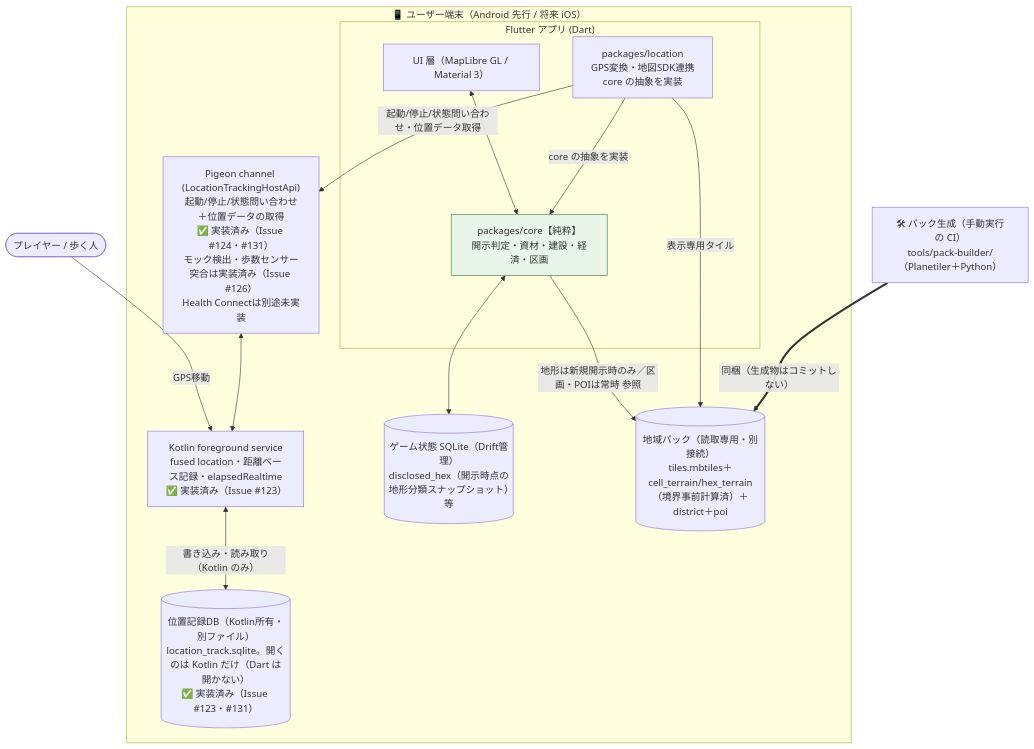
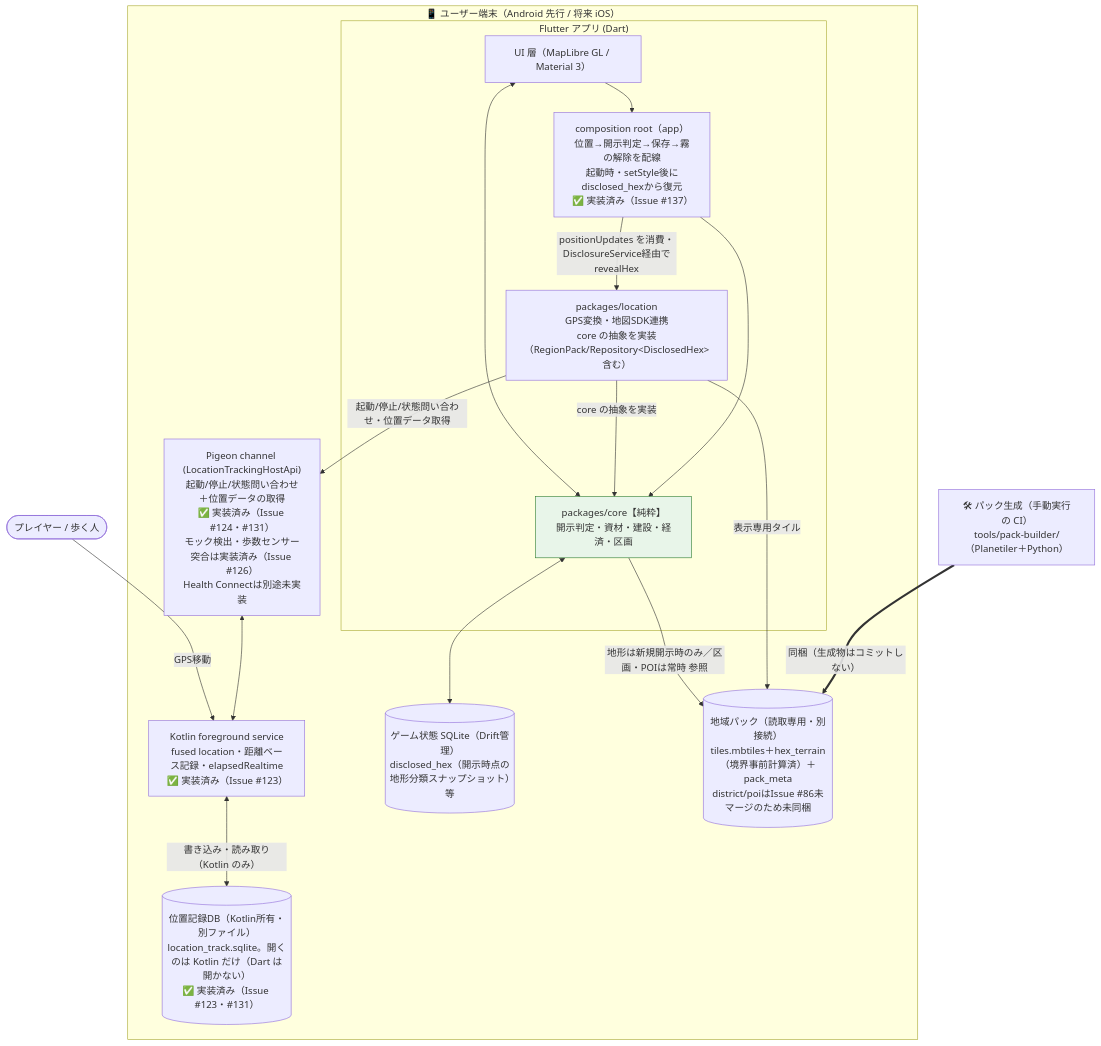
The diagram in README.md (rokusoudo-product/terra-town), drawn with Mermaid before and after one commit. The commit also changed other lines of this file and 25 other files, not shown here.

First line of the commit message:
[Impl] 位置→開示判定→霧の解除の配線とRegionPack/永続化の実装（Issue #137・#102） (#139)

````diff
--- a/README.md
+++ b/README.md
@@ -34,33 +35,37 @@
 ```mermaid
 flowchart TB
     user([プレイヤー / 歩く人])
 
     subgraph device["📱 ユーザー端末（Android 先行 / 将来 iOS）"]
         subgraph flutter["Flutter アプリ (Dart)"]
             ui["UI 層（MapLibre GL / Material 3）"]
             core["packages/core【純粋】<br/>開示判定・資材・建設・経済・区画"]
-            loc["packages/location<br/>GPS変換・地図SDK連携<br/>core の抽象を実装"]
+            loc["packages/location<br/>GPS変換・地図SDK連携<br/>core の抽象を実装（RegionPack/Repository&lt;DisclosedHex&gt;含む）"]
+            wiring["composition root（app）<br/>位置→開示判定→保存→霧の解除を配線<br/>起動時・setStyle後にdisclosed_hexから復元<br/>✅ 実装済み（Issue #137）"]
         end
         fg["Kotlin foreground service<br/>fused location・距離ベース記録・elapsedRealtime<br/>✅ 実装済み（Issue #123）"]
         pigeon["Pigeon channel (LocationTrackingHostApi)<br/>起動/停止/状態問い合わせ＋位置データの取得<br/>✅ 実装済み（Issue #124・#131）<br/>モック検出・歩数センサー突合は実装済み（Issue #126）<br/>Health Connectは別途未実装"]
         gamedb[("ゲーム状態 SQLite（Drift管理）<br/>disclosed_hex（開示時点の地形分類スナップショット）等")]
         trackdb[("位置記録DB（Kotlin所有・別ファイル）<br/>location_track.sqlite。開くのは Kotlin だけ（Dart は開かない）<br/>✅ 実装済み（Issue #123・#131）")]
-        pack[("地域パック（読取専用・別接続）<br/>tiles.mbtiles＋cell_terrain/hex_terrain（境界事前計算済）＋district＋poi")]
+        pack[("地域パック（読取専用・別接続）<br/>tiles.mbtiles＋hex_terrain（境界事前計算済）＋pack_meta<br/>district/poiはIssue #86未マージのため未同梱")]
     end
 
     ci["🛠 パック生成（手動実行の CI）<br/>tools/pack-builder/（Planetiler＋Python）"]
 
     user -->|GPS移動| fg
     fg <-->|書き込み・読み取り（Kotlin のみ）| trackdb
     loc -->|起動/停止/状態問い合わせ・位置データ取得| pigeon
     pigeon <--> fg
     ui <--> core
     loc -->|core の抽象を実装| core
     core <--> gamedb
     core -->|地形は新規開示時のみ／区画・POIは常時 参照| pack
     loc -->|表示専用タイル| pack
     ci ==>|同梱（生成物はコミットしない）| pack
+    ui --> wiring
+    wiring -->|positionUpdates を消費・DisclosureService経由でrevealHex| loc
+    wiring --> core
 
     classDef pure fill:#e8f5e9,stroke:#2e7d32;
     class core pure
 ```
````
